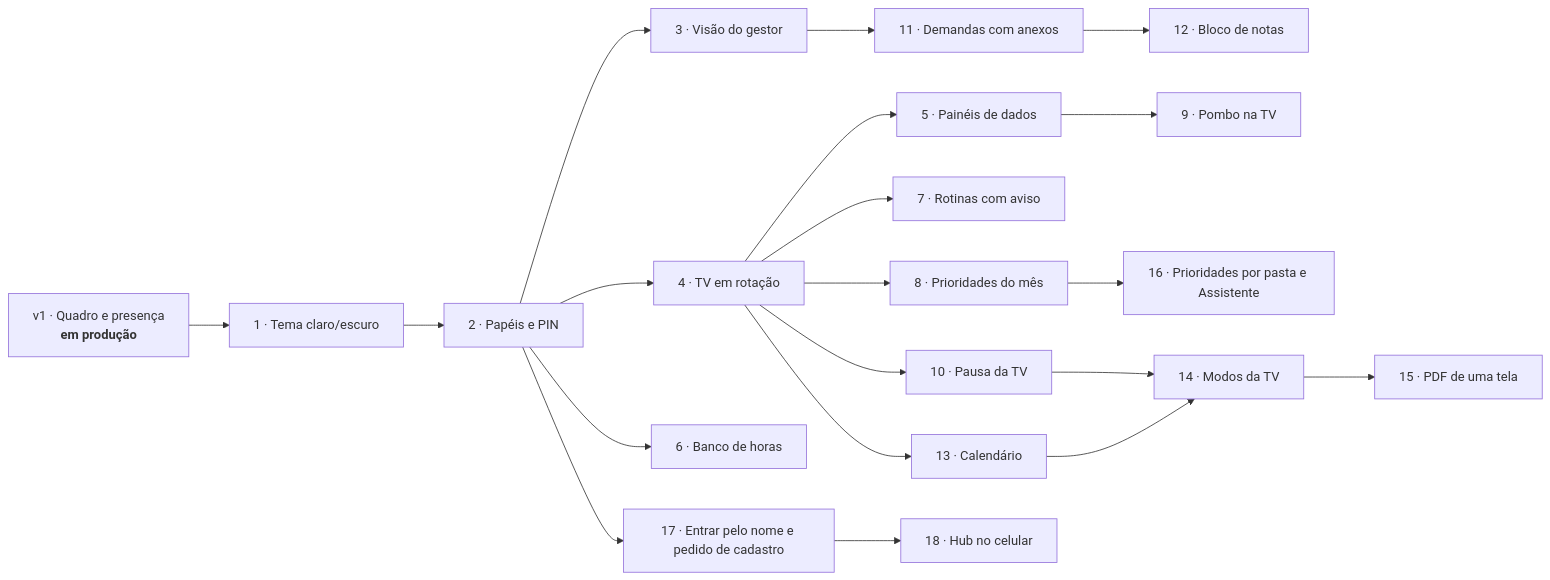
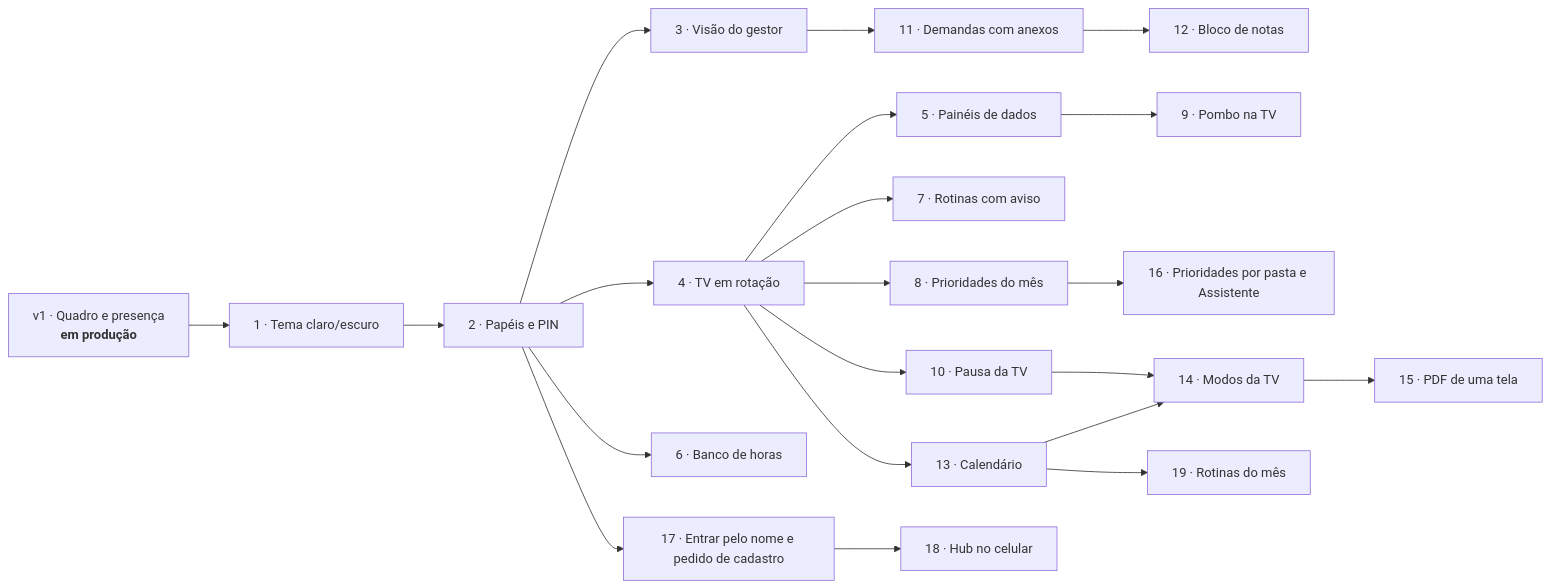
One commit to fishman2004/hub-analistas changed the diagram in docs/roadmap.md. Above: the diagram before and after it, drawn with Mermaid. The commit also changed other lines of this file and 25 other files, not shown here.

First line of the commit message:
Fase 19: rotinas do mês (calendário de rotinas) no Hub e na TV

````diff
--- a/docs/roadmap.md
+++ b/docs/roadmap.md
@@ -5,22 +5,23 @@
 ```mermaid
 flowchart LR
     V1[v1 · Quadro e presença<br><b>em produção</b>] --> F1[1 · Tema claro/escuro]
     F1 --> F2[2 · Papéis e PIN]
     F2 --> F3[3 · Visão do gestor]
     F2 --> F4[4 · TV em rotação]
     F4 --> F5[5 · Painéis de dados]
     F2 --> F6[6 · Banco de horas]
     F4 --> F7[7 · Rotinas com aviso]
     F4 --> F8[8 · Prioridades do mês]
     F5 --> F9[9 · Pombo na TV]
     F4 --> F10[10 · Pausa da TV]
     F3 --> F11[11 · Demandas com anexos]
     F11 --> F12[12 · Bloco de notas]
     F4 --> F13[13 · Calendário]
     F10 --> F14[14 · Modos da TV]
     F13 --> F14
     F14 --> F15[15 · PDF de uma tela]
     F8 --> F16[16 · Prioridades por pasta e Assistente]
     F2 --> F17[17 · Entrar pelo nome e pedido de cadastro]
     F17 --> F18[18 · Hub no celular]
+    F13 --> F19[19 · Rotinas do mês]
 ```
````
